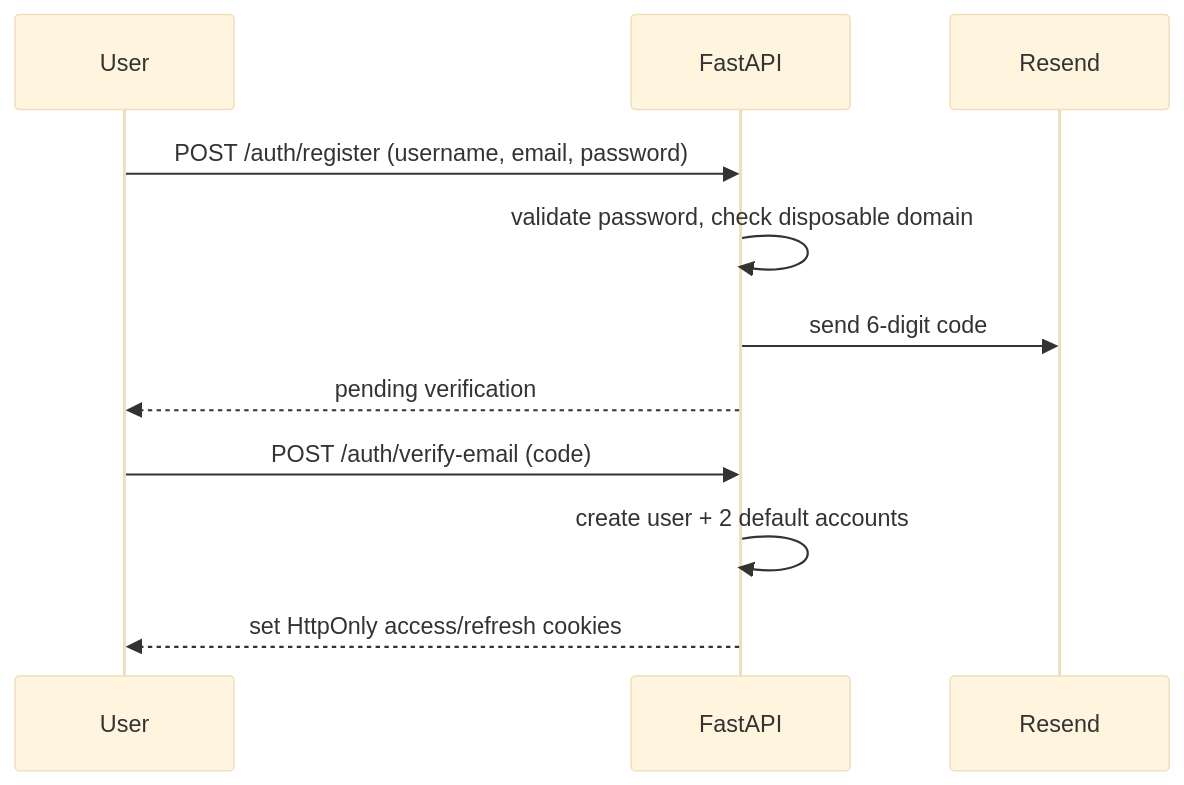
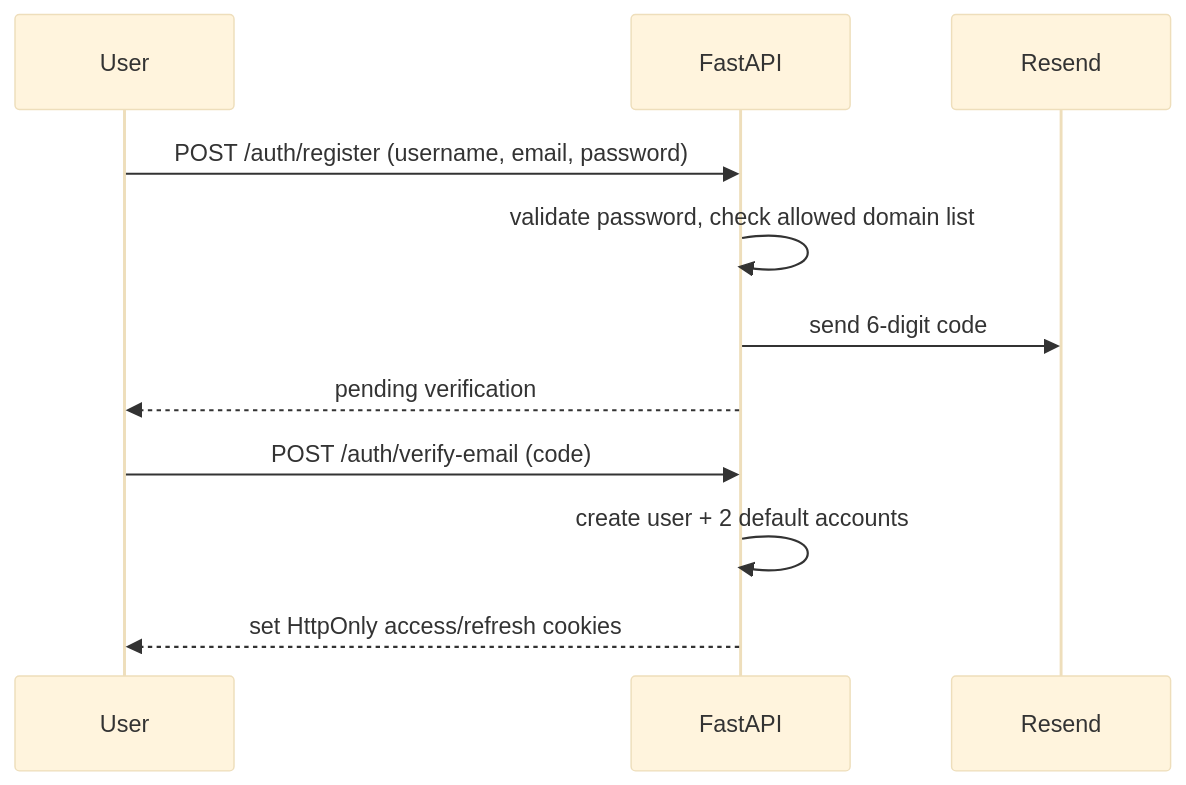
The second of 2 diagrams in README.md (REvDl/FinFlow-showcase), drawn with Mermaid (base theme) before and after one commit. The commit also changed other lines of this file, not shown here.

````diff
--- a/README.md
+++ b/README.md
@@ -133,14 +131,14 @@
 ```mermaid
 sequenceDiagram
     participant U as User
     participant API as FastAPI
     participant Email as Resend
 
     U->>API: POST /auth/register (username, email, password)
-    API->>API: validate password, check disposable domain
+    API->>API: validate password, check allowed domain list
     API->>Email: send 6-digit code
     API-->>U: pending verification
     U->>API: POST /auth/verify-email (code)
     API->>API: create user + 2 default accounts
     API-->>U: set HttpOnly access/refresh cookies
 ```
````
